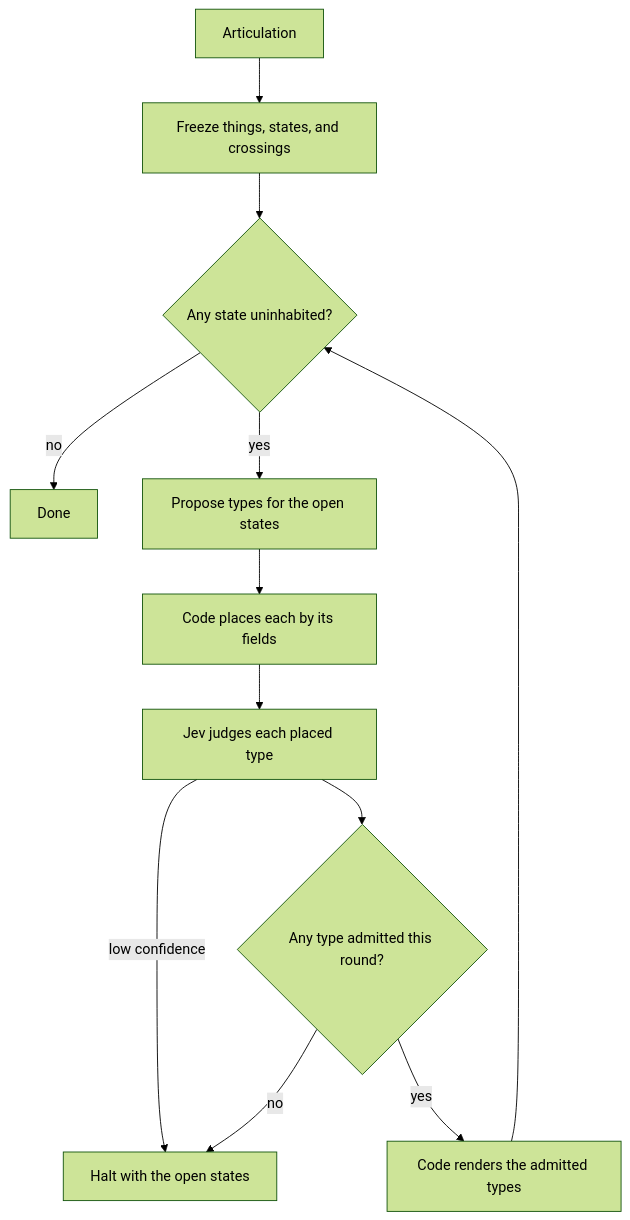
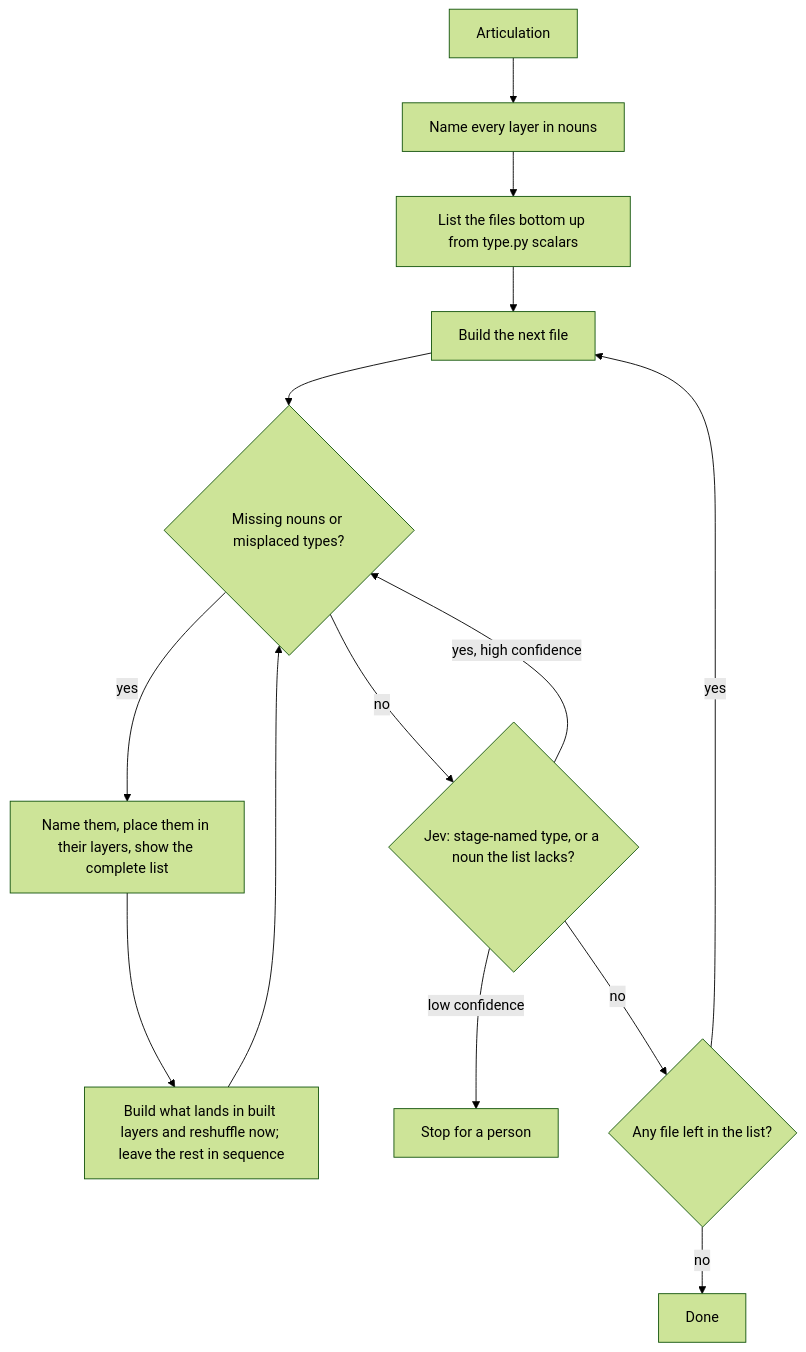
Before and after one commit to kylejtobin/tca: the diagram in plan/tca-agent.md, drawn with Mermaid (forest theme). The commit also changed other lines of this file and 18 other files, not shown here.

````diff
--- a/plan/tca-agent.md
+++ b/plan/tca-agent.md
@@ -19,14 +19,16 @@
 ```mermaid
 flowchart TD
-  A[Articulation] --> B[Freeze things, states, and crossings]
-  B --> C{Any state uninhabited?}
-  C -->|no| Z[Done]
-  C -->|yes| D[Propose types for the open states]
-  D --> E[Code places each by its fields]
-  E --> F[Jev judges each placed type]
-  F -->|low confidence| H[Halt with the open states]
-  F --> G{Any type admitted this round?}
-  G -->|no| H
-  G -->|yes| I[Code renders the admitted types]
-  I --> C
+  A[Articulation] --> B[Name every layer in nouns]
+  B --> C[List the files bottom up from type.py scalars]
+  C --> D[Build the next file]
+  D --> E{Missing nouns or misplaced types?}
+  E -->|yes| G[Name them, place them in their layers, show the complete list]
+  G --> H[Build what lands in built layers and reshuffle now; leave the rest in sequence]
+  H --> E
+  E -->|no| J{Jev: stage-named type, or a noun the list lacks?}
+  J -->|yes, high confidence| E
+  J -->|low confidence| P[Stop for a person]
+  J -->|no| F{Any file left in the list?}
+  F -->|yes| D
+  F -->|no| Z[Done]
 ```
````
